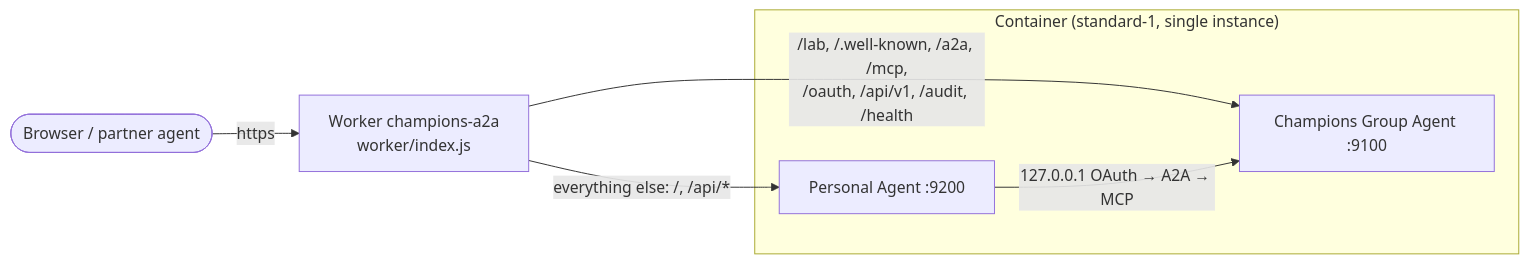
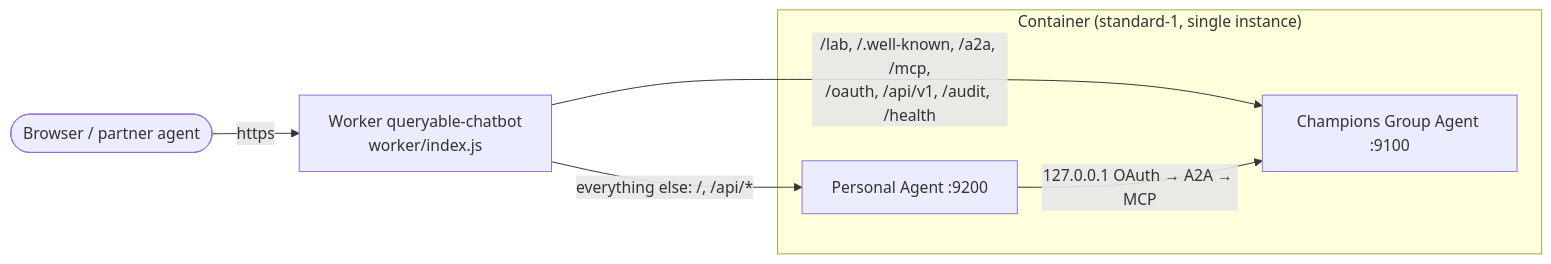
One commit to Champ-Deep/queryable-chatbot- changed the diagram in docs/DEPLOYMENT.md. Above: the diagram before and after it, drawn with Mermaid. The commit also changed other lines of this file and 1 other file, not shown here.

Commit message:
Match Workers Builds: worker name queryable-chatbot, account_id for deploying account

````diff
--- a/docs/DEPLOYMENT.md
+++ b/docs/DEPLOYMENT.md
@@ -5,9 +5,9 @@
 ```mermaid
 flowchart LR
-    B([Browser / partner agent]) -->|https| W[Worker champions-a2a<br/>worker/index.js]
+    B([Browser / partner agent]) -->|https| W[Worker queryable-chatbot<br/>worker/index.js]
     W -->|"/lab, /.well-known, /a2a, /mcp,<br/>/oauth, /api/v1, /audit, /health"| C9100
     W -->|"everything else: /, /api/*"| C9200
     subgraph Container["Container (standard-1, single instance)"]
         C9200[Personal Agent :9200] -->|127.0.0.1 OAuth → A2A → MCP| C9100[Champions Group Agent :9100]
     end
 ```
````
